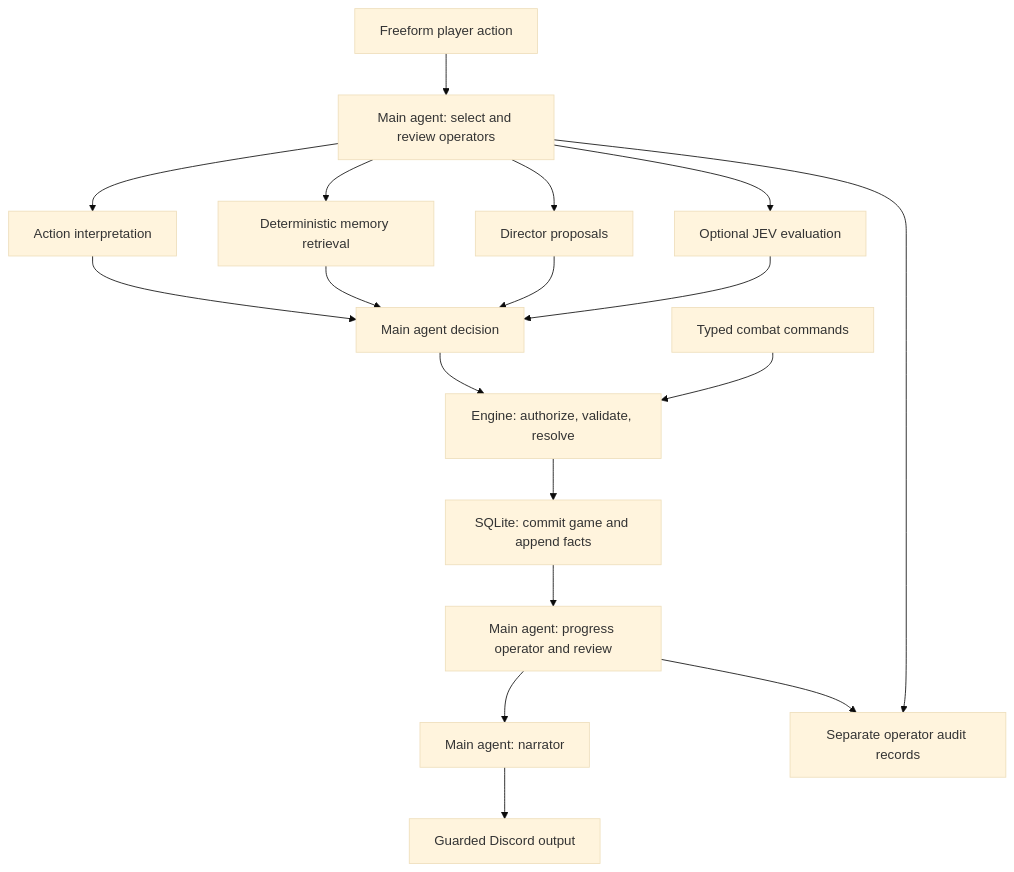
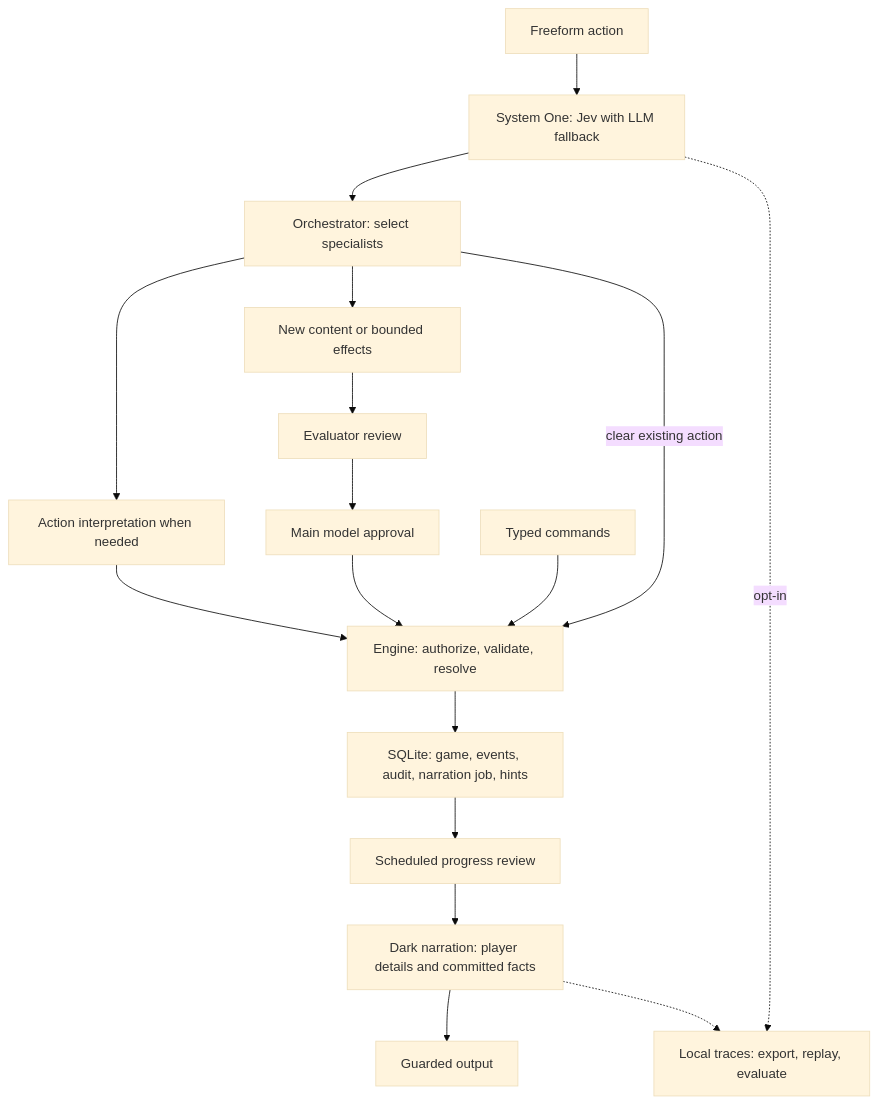
One commit to J4CkM4n/dnd-discord-bot changed the diagram in README.md. Above: the diagram before and after it, drawn with Mermaid (base theme). The commit also changed other lines of this file and 24 other files, not shown here.

Commit message:
feat: add System One routing and creative DM orchestration

````diff
--- a/README.md
+++ b/README.md
@@ -10,20 +11,19 @@
 ```mermaid
 flowchart TD
-    Player[Freeform player action] --> Main[Main agent: select and review operators]
-    Main --> Action[Action interpretation]
-    Main --> Memory[Deterministic memory retrieval]
-    Main --> Director[Director proposals]
-    Main --> Evaluator[Optional JEV evaluation]
-    Action --> Review[Main agent decision]
-    Memory --> Review
-    Director --> Review
-    Evaluator --> Review
-    Review --> Engine[Engine: authorize, validate, resolve]
-    Typed[Typed combat commands] --> Engine
-    Engine --> Commit[SQLite: commit game and append facts]
-    Commit --> Progress[Main agent: progress operator and review]
-    Progress --> Narrator[Main agent: narrator]
-    Narrator --> Discord[Guarded Discord output]
-    Main --> Audit[Separate operator audit records]
-    Progress --> Audit
+    Player[Freeform action] --> Router[System One: Jev with LLM fallback]
+    Router --> Main[Orchestrator: select specialists]
+    Main --> Action[Action interpretation when needed]
+    Main --> Director[New content or bounded effects]
+    Director --> Evaluator[Evaluator review]
+    Evaluator --> Approval[Main model approval]
+    Action --> Engine[Engine: authorize, validate, resolve]
+    Main -->|clear existing action| Engine
+    Approval --> Engine
+    Typed[Typed commands] --> Engine
+    Engine --> Commit[SQLite: game, events, audit, narration job, hints]
+    Commit --> Progress[Scheduled progress review]
+    Progress --> Narrator[Dark narration: player details and committed facts]
+    Narrator --> Discord[Guarded output]
+    Router -. opt-in .-> Debug[Local traces: export, replay, evaluate]
+    Narrator -.-> Debug
 ```
````
